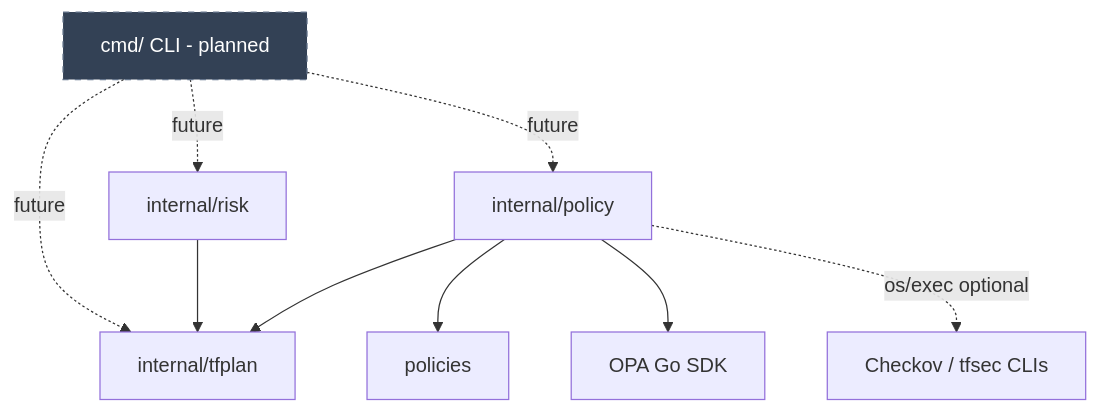
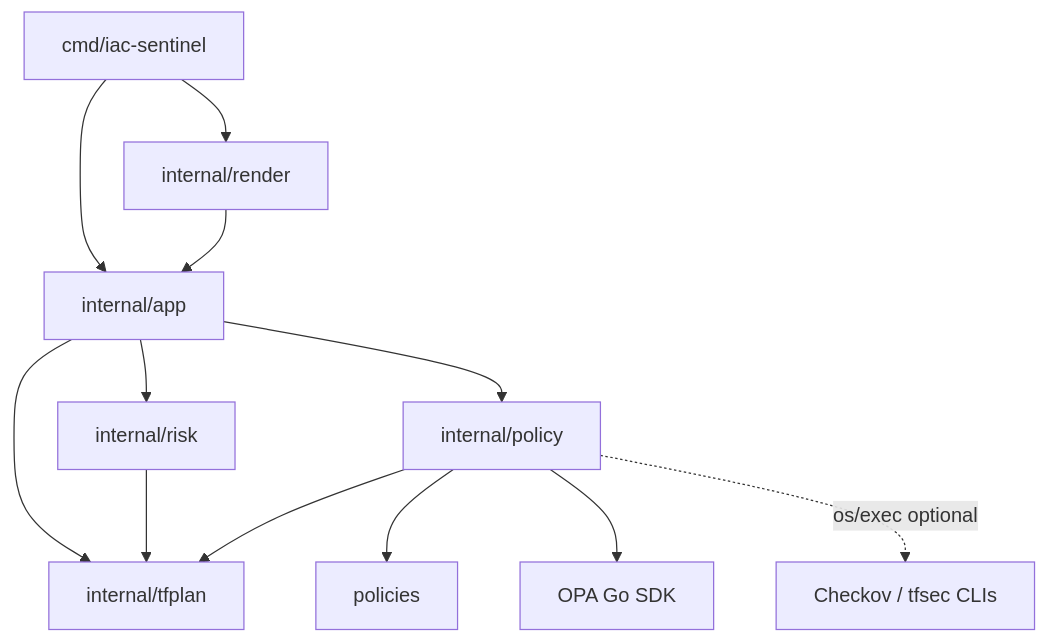
Before and after one commit to SamyBaouche/iac-sentinel: the fourth of 13 diagrams in README.md, drawn with Mermaid. The commit also changed other lines of this file and 9 other files, not shown here.

````diff
--- a/README.md
+++ b/README.md
@@ -122,22 +127,24 @@
 ```mermaid
 flowchart TB
-  CLI["cmd/ CLI - planned"]
+  CLI["cmd/iac-sentinel"]
+  APP[internal/app]
+  RENDER[internal/render]
   RISK[internal/risk]
   POLICY[internal/policy]
   TFPLAN[internal/tfplan]
   POLICIES[policies]
   OPA[OPA Go SDK]
   EXT[Checkov / tfsec CLIs]
 
-  CLI -.->|future| RISK
-  CLI -.->|future| POLICY
-  CLI -.->|future| TFPLAN
-
+  CLI --> APP
+  CLI --> RENDER
+  RENDER --> APP
+  APP --> RISK
+  APP --> POLICY
+  APP --> TFPLAN
   RISK --> TFPLAN
   POLICY --> TFPLAN
   POLICY --> POLICIES
   POLICY --> OPA
   POLICY -.->|os/exec optional| EXT
-
-  style CLI fill:#334155,stroke:#64748b,color:#fff,stroke-dasharray: 5 5
 ```
````
